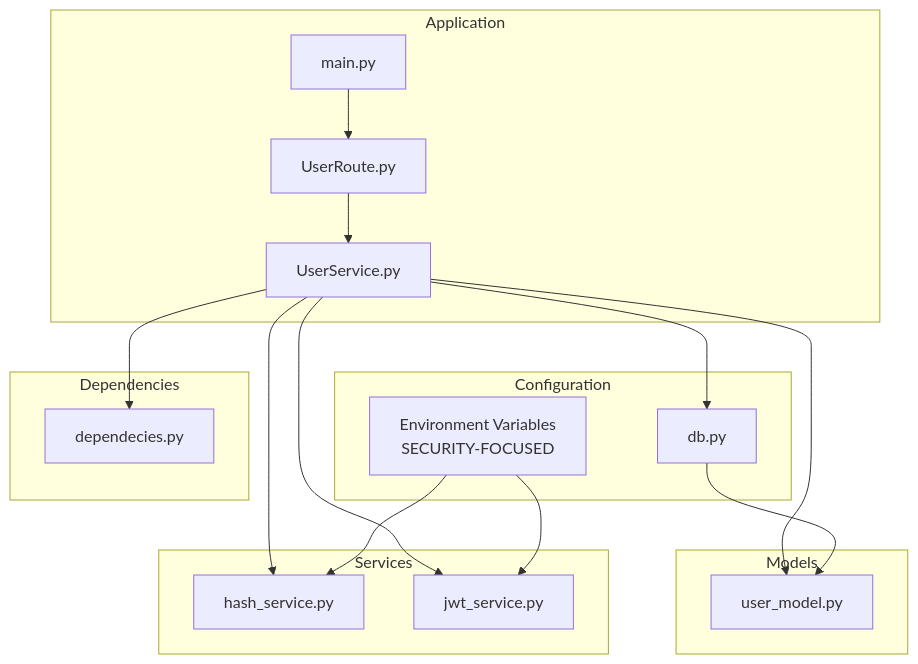
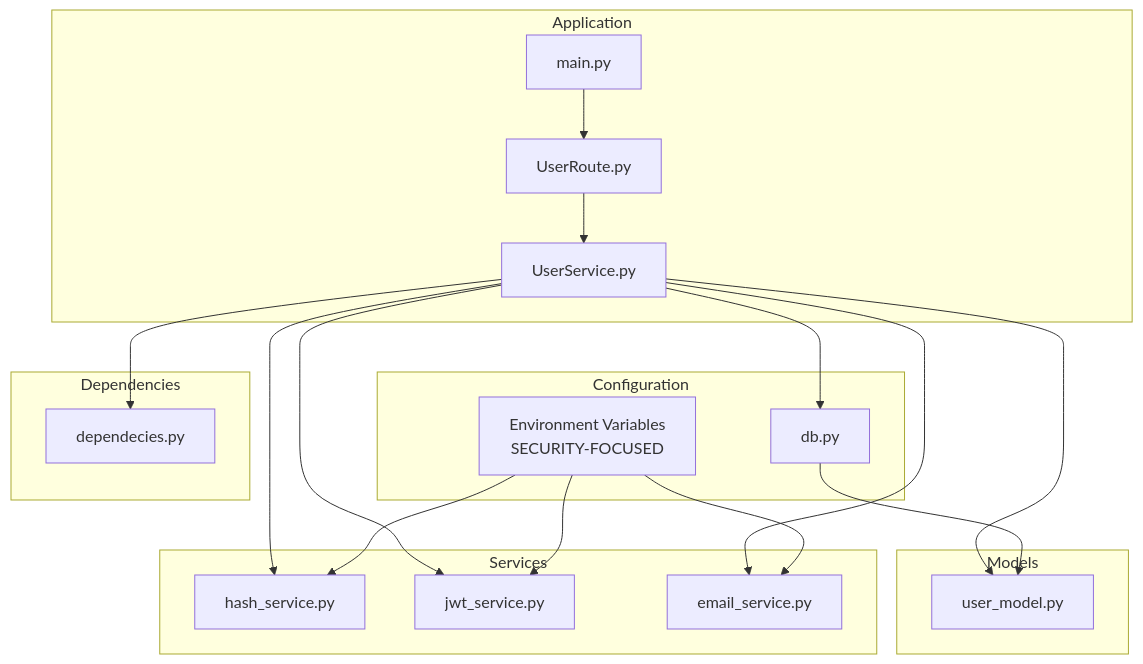
The first of 13 diagrams in .qoder/repowiki/en/content/Core Concepts/User Authentication System.md (srikant-panda/auth-service), drawn with Mermaid before and after one commit. The commit also changed other lines of this file and 11 other files, not shown here.

````diff
--- a/.qoder/repowiki/en/content/Core Concepts/User Authentication System.md
+++ b/.qoder/repowiki/en/content/Core Concepts/User Authentication System.md
@@ -52,32 +56,35 @@
 ```mermaid
 graph TB
 subgraph "Application"
 Main["main.py"]
 Router["UserRoute.py"]
 Handler["UserService.py"]
 end
 subgraph "Models"
 UserModels["user_model.py"]
 end
 subgraph "Services"
 Hash["hash_service.py"]
 JWT["jwt_service.py"]
+Email["email_service.py"]
 end
 subgraph "Configuration"
 DB["db.py"]
 Env["Environment Variables<br/>SECURITY-FOCUSED"]
 end
 subgraph "Dependencies"
 Dep["dependecies.py"]
 end
 Main --> Router
 Router --> Handler
 Handler --> UserModels
 Handler --> Hash
 Handler --> JWT
+Handler --> Email
 Handler --> DB
 Handler --> Dep
 DB --> UserModels
 Env --> Hash
 Env --> JWT
+Env --> Email
 ```
````
